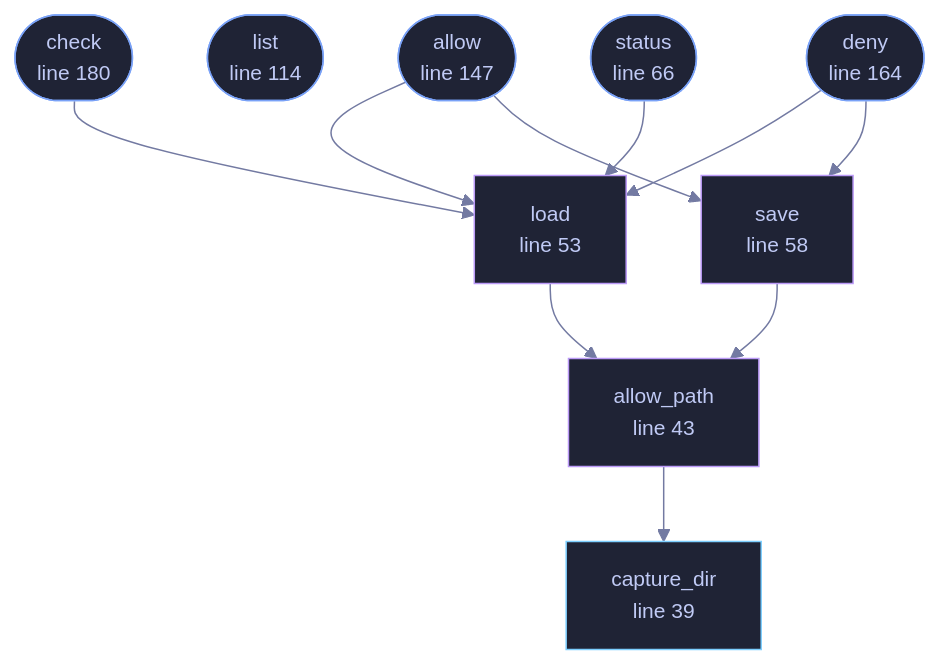
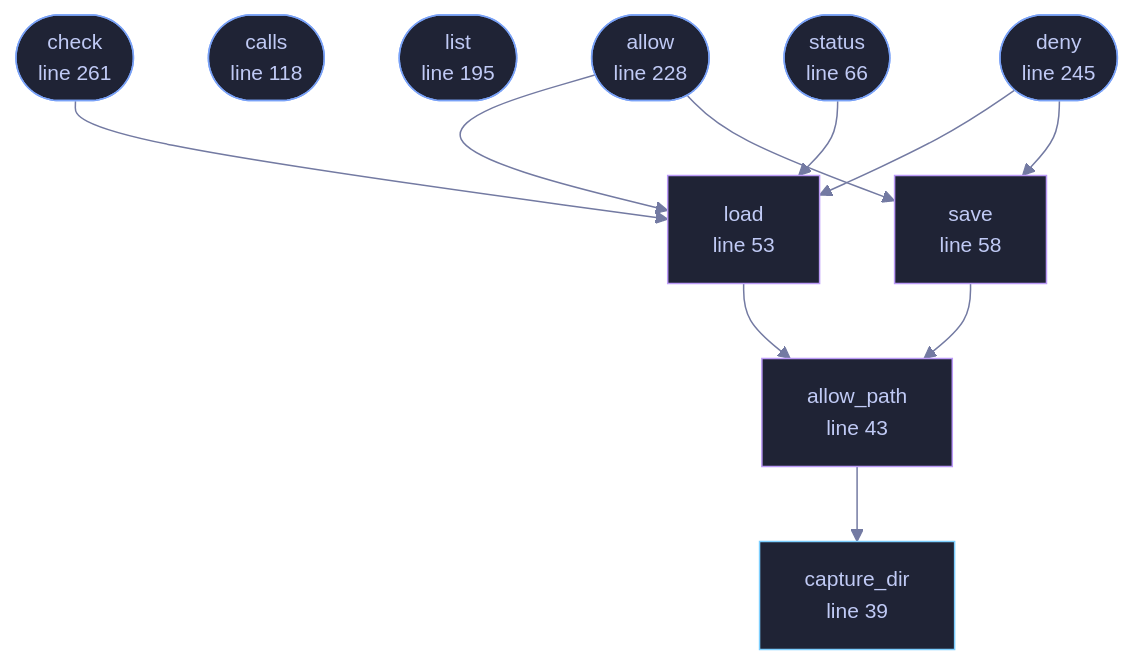
One commit to tilas01/veilvoice changed the diagram in docs/files/veilvoice-cli/capture.md. Above: the diagram before and after it, drawn with Mermaid. The commit also changed other lines of this file and 37 other files, not shown here.

````diff
--- a/docs/files/veilvoice-cli/capture.md
+++ b/docs/files/veilvoice-cli/capture.md
@@ -86,37 +87,39 @@
 ```mermaid
 %%{init: {"theme":"base","themeVariables":{"background":"#1a1b26","primaryColor":"#1f2335","primaryTextColor":"#c0caf5","primaryBorderColor":"#7aa2f7","secondaryColor":"#16161e","tertiaryColor":"#16161e","lineColor":"#737aa2","textColor":"#c0caf5","mainBkg":"#1f2335","nodeBorder":"#7aa2f7","clusterBkg":"#16161e","clusterBorder":"#2f3549","fontFamily":"ui-monospace, SFMono-Regular, Consolas, monospace","fontSize":"14px"}}}%%
 flowchart TD
     n_capture_dir["capture_dir<br/>line 39"]
     n_allow_path["allow_path<br/>line 43"]
     n_load["load<br/>line 53"]
     n_save["save<br/>line 58"]
     n_status(["status<br/>line 66"])
-    n_list(["list<br/>line 114"])
-    n_allow(["allow<br/>line 147"])
-    n_deny(["deny<br/>line 164"])
-    n_check(["check<br/>line 180"])
+    n_calls(["calls<br/>line 118"])
+    n_list(["list<br/>line 195"])
+    n_allow(["allow<br/>line 228"])
+    n_deny(["deny<br/>line 245"])
+    n_check(["check<br/>line 261"])
     n_allow --> n_load
     n_allow --> n_save
     n_allow_path --> n_capture_dir
     n_check --> n_load
     n_deny --> n_load
     n_deny --> n_save
     n_load --> n_allow_path
     n_save --> n_allow_path
     n_status --> n_load
     click n_capture_dir href "https://github.com/tilas01/veilvoice/blob/main/crates/veilvoice-cli/src/capture.rs#L39" "open the source"
     click n_allow_path href "https://github.com/tilas01/veilvoice/blob/main/crates/veilvoice-cli/src/capture.rs#L43" "open the source"
     click n_load href "https://github.com/tilas01/veilvoice/blob/main/crates/veilvoice-cli/src/capture.rs#L53" "open the source"
     click n_save href "https://github.com/tilas01/veilvoice/blob/main/crates/veilvoice-cli/src/capture.rs#L58" "open the source"
     click n_status href "https://github.com/tilas01/veilvoice/blob/main/crates/veilvoice-cli/src/capture.rs#L66" "open the source"
-    click n_list href "https://github.com/tilas01/veilvoice/blob/main/crates/veilvoice-cli/src/capture.rs#L114" "open the source"
-    click n_allow href "https://github.com/tilas01/veilvoice/blob/main/crates/veilvoice-cli/src/capture.rs#L147" "open the source"
-    click n_deny href "https://github.com/tilas01/veilvoice/blob/main/crates/veilvoice-cli/src/capture.rs#L164" "open the source"
-    click n_check href "https://github.com/tilas01/veilvoice/blob/main/crates/veilvoice-cli/src/capture.rs#L180" "open the source"
+    click n_calls href "https://github.com/tilas01/veilvoice/blob/main/crates/veilvoice-cli/src/capture.rs#L118" "open the source"
+    click n_list href "https://github.com/tilas01/veilvoice/blob/main/crates/veilvoice-cli/src/capture.rs#L195" "open the source"
+    click n_allow href "https://github.com/tilas01/veilvoice/blob/main/crates/veilvoice-cli/src/capture.rs#L228" "open the source"
+    click n_deny href "https://github.com/tilas01/veilvoice/blob/main/crates/veilvoice-cli/src/capture.rs#L245" "open the source"
+    click n_check href "https://github.com/tilas01/veilvoice/blob/main/crates/veilvoice-cli/src/capture.rs#L261" "open the source"
     classDef entry fill:#1f2335,stroke:#7aa2f7,color:#c0caf5
-    class n_status,n_list,n_allow,n_deny,n_check entry
+    class n_status,n_calls,n_list,n_allow,n_deny,n_check entry
     classDef api fill:#1f2335,stroke:#7dcfff,color:#c0caf5
     class n_capture_dir api
     classDef helper fill:#1f2335,stroke:#bb9af7,color:#c0caf5
     class n_allow_path,n_load,n_save helper
 ```
````
